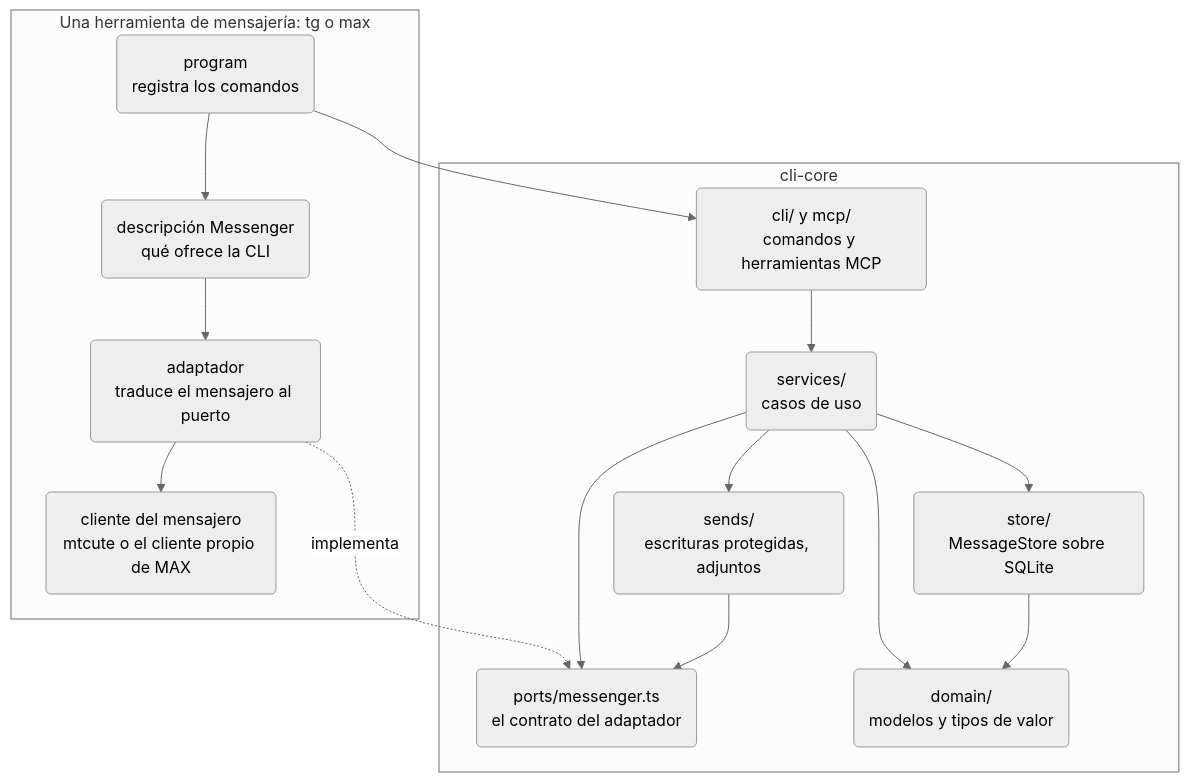
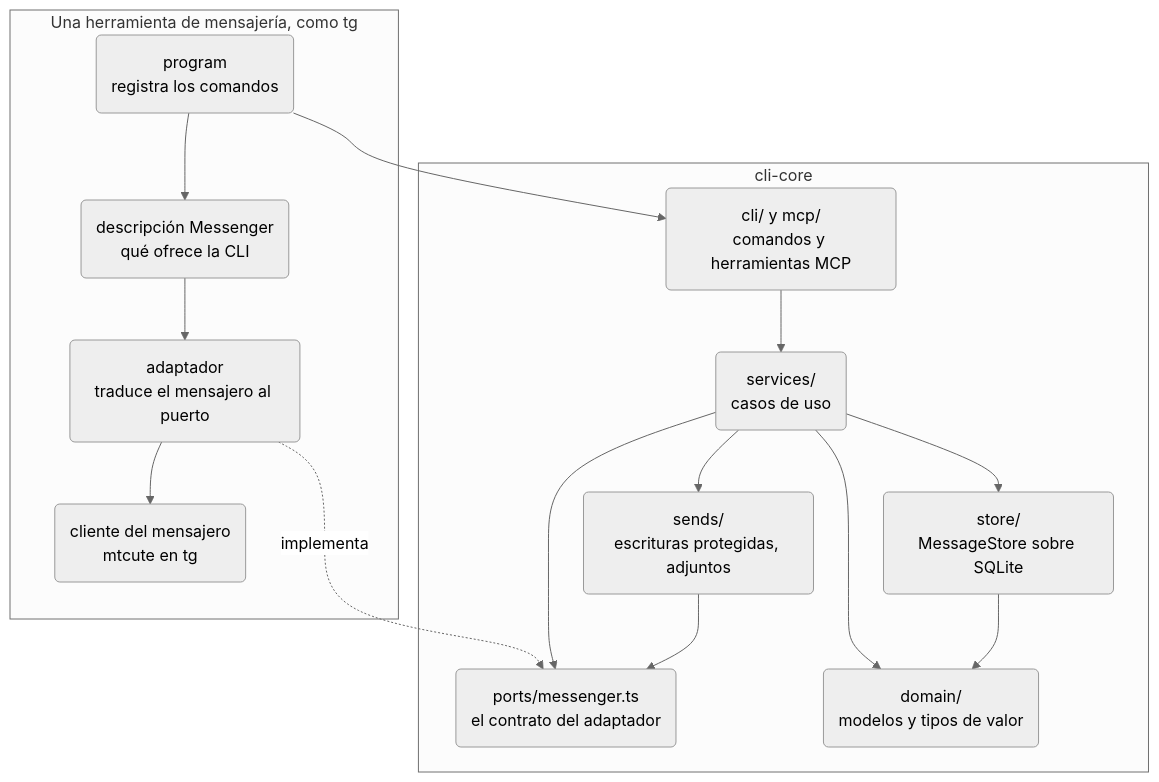
One commit to WireCatLabs/cli-docs changed the second of 5 diagrams in content/docs/code-design.es.mdx. Above: the diagram before and after it, drawn with Mermaid (neutral theme). The commit also changed other lines of this file and 2 other files, not shown here.

First line of the commit message:
docs(code-design): say what a port is; a clearer contract diagram; tg examples

````diff
--- a/content/docs/code-design.es.mdx
+++ b/content/docs/code-design.es.mdx
@@ -50,29 +60,29 @@
 ```mermaid Las capas de cli-core y cómo se conecta una herramienta
 graph TB
-  subgraph TOOL["Una herramienta de mensajería: tg o max"]
+  subgraph TOOL["Una herramienta de mensajería, como tg"]
     Program("program<br>registra los comandos")
     Describe("descripción Messenger<br>qué ofrece la CLI")
     Adapter("adaptador<br>traduce el mensajero al puerto")
-    Client("cliente del mensajero<br>mtcute o el cliente propio de MAX")
+    Client("cliente del mensajero<br>mtcute en tg")
   end
   subgraph CORE["cli-core"]
     Cli("cli/ y mcp/<br>comandos y herramientas MCP")
     Services("services/<br>casos de uso")
     Sends("sends/<br>escrituras protegidas, adjuntos")
     Port("ports/messenger.ts<br>el contrato del adaptador")
     Store("store/<br>MessageStore sobre SQLite")
     Domain("domain/<br>modelos y tipos de valor")
   end
   Program --> Cli
   Program --> Describe
   Describe --> Adapter
   Adapter --> Client
   Adapter -.->|implementa| Port
   Cli --> Services
   Services --> Sends
   Services --> Port
   Services --> Store
   Sends --> Port
   Services --> Domain
   Store --> Domain
 ```
````
